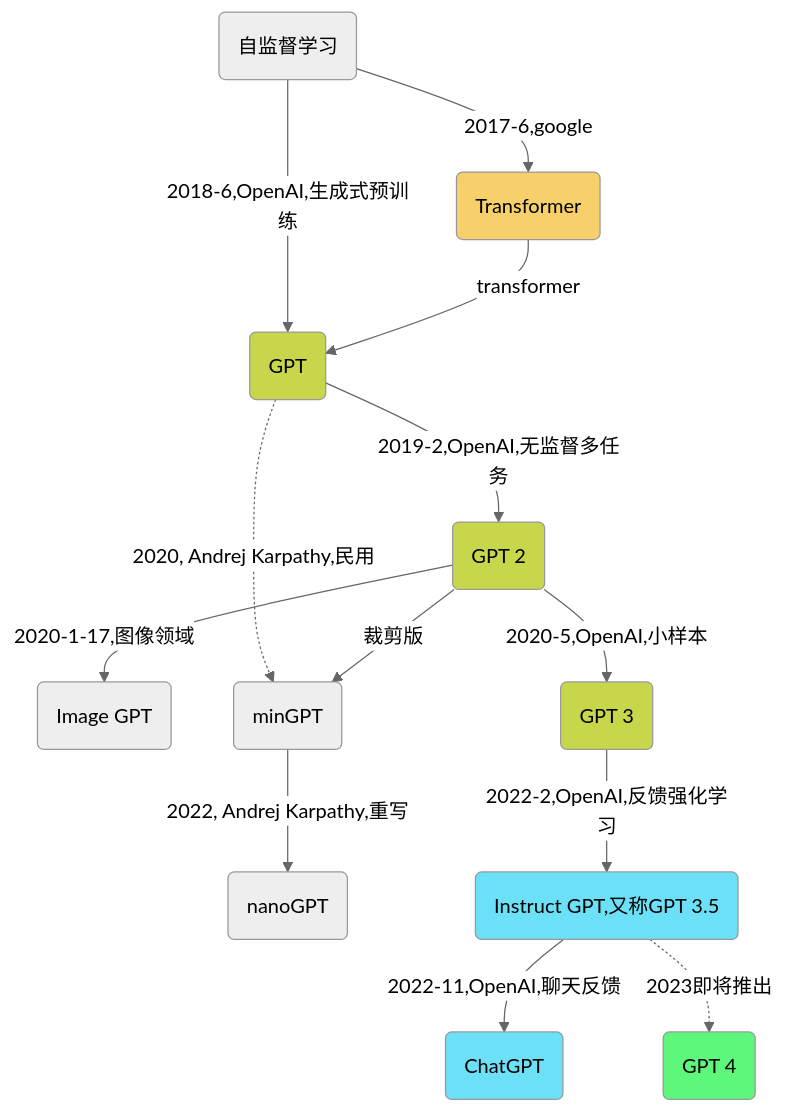
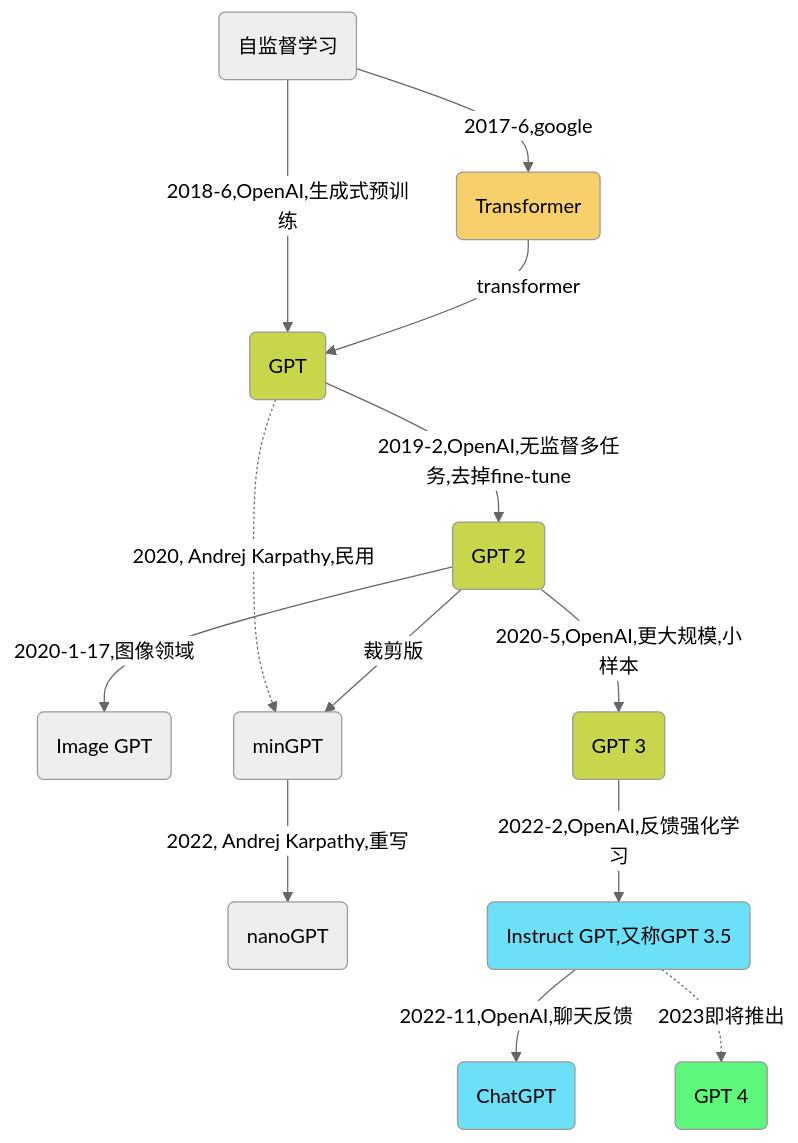
The first of 2 diagrams in _posts/2019-12-14-gpt.md (Gaohaoyang/gaohaoyang.github.io), drawn with Mermaid (neutral theme) before and after one commit. The commit also changed other lines of this file, not shown here.

```diff
--- a/_posts/2019-12-14-gpt.md
+++ b/_posts/2019-12-14-gpt.md
@@ -86,22 +86,22 @@
 <div class="mermaid">
     flowchart TD
     %% 节点颜色
     classDef red fill:#f02;
     classDef green fill:#5CF77B;
     classDef blue fill:#6BE0F7;
     classDef orange fill:#F7CF6B;
     classDef grass fill:#C8D64B;
     %%节点关系定义
     O(自监督学习)-->|2017-6,google|A(Transformer):::orange
     O-->|2018-6,OpenAI,生成式预训练| B
     A-->|transformer|B(GPT):::grass
-    B-->|2019-2,OpenAI,无监督多任务|C(GPT 2):::grass
+    B-->|2019-2,OpenAI,无监督多任务,去掉fine-tune|C(GPT 2):::grass
     C-->|2020-1-17,图像领域|H(Image GPT)
     B-.->|2020, Andrej Karpathy,民用|B1(minGPT)
     B1-->|2022, Andrej Karpathy,重写|B2(nanoGPT)
     C-->|裁剪版|B1
-    C-->|2020-5,OpenAI,小样本|D(GPT 3):::grass
+    C-->|2020-5,OpenAI,更大规模,小样本|D(GPT 3):::grass
     D-->|2022-2,OpenAI,反馈强化学习|E(Instruct GPT,又称GPT 3.5):::blue
     E-->|2022-11,OpenAI,聊天反馈|F(ChatGPT):::blue
     E-.->|2023即将推出|G(GPT 4):::green
 </div>
```
